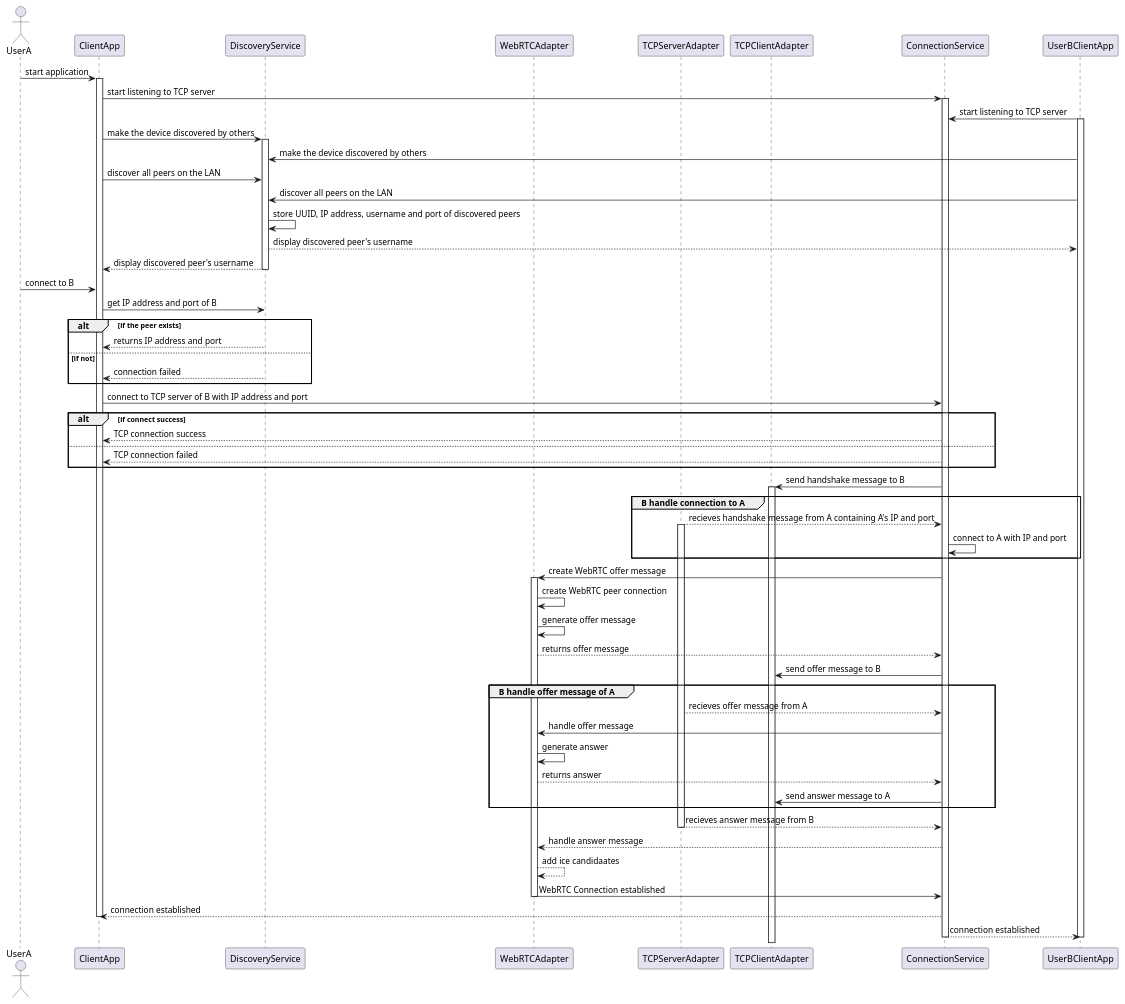
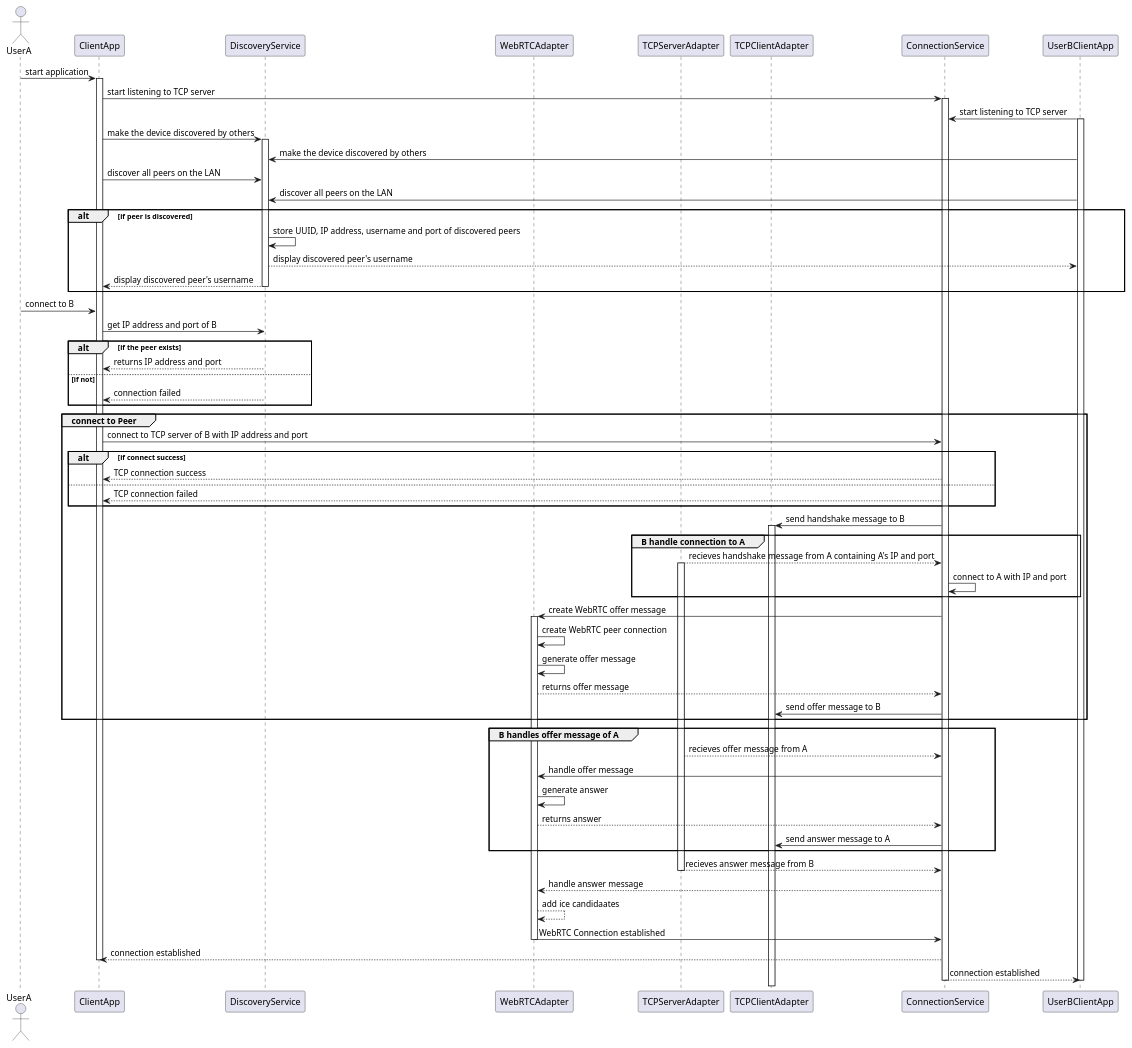
One commit to SAPOT-System/YLP-software changed the diagram in diagrams/peer-to-peer-connection.plantuml. Above: the diagram before and after it, drawn with PlantUML.

Commit message:
feat(diagrams): udpate peer-to-peer connection diagram with improved peer discovery and connection handling logic

```diff
--- a/diagrams/peer-to-peer-connection.plantuml
+++ b/diagrams/peer-to-peer-connection.plantuml
@@ -1,92 +1,95 @@
 @startuml peer-to-peer-connection
 actor UserA
 participant ClientApp
 participant DiscoveryService
 participant WebRTCAdapter
 participant TCPServerAdapter
 participant TCPClientAdapter
 participant ConnectionService
 participant UserBClientApp
 
 UserA -> ClientApp: start application
 activate ClientApp
 
 ClientApp -> ConnectionService: start listening to TCP server
 activate ConnectionService
 UserBClientApp -> ConnectionService: start listening to TCP server
 activate  UserBClientApp
 
 ClientApp -> DiscoveryService: make the device discovered by others
 activate DiscoveryService
 UserBClientApp -> DiscoveryService: make the device discovered by others
 
 ClientApp -> DiscoveryService: discover all peers on the LAN
 UserBClientApp -> DiscoveryService: discover all peers on the LAN
+alt if peer is discovered
+    DiscoveryService -> DiscoveryService: store UUID, IP address, username and port of discovered peers
 
-DiscoveryService -> DiscoveryService: store UUID, IP address, username and port of discovered peers
-
-DiscoveryService --> UserBClientApp: display discovered peer's username
-DiscoveryService --> ClientApp: display discovered peer's username
-deactivate DiscoveryService
+    DiscoveryService --> UserBClientApp: display discovered peer's username
+    DiscoveryService --> ClientApp: display discovered peer's username
+    deactivate DiscoveryService
+end
 
 UserA -> ClientApp: connect to B
 ClientApp -> DiscoveryService: get IP address and port of B
 
 alt if the peer exists
     DiscoveryService --> ClientApp: returns IP address and port
 else if not
     DiscoveryService --> ClientApp: connection failed
 end
 
-ClientApp->ConnectionService: connect to TCP server of B with IP address and port
+group connect to Peer
+    ClientApp->ConnectionService: connect to TCP server of B with IP address and port
 
-alt if connect success
-    ConnectionService--> ClientApp: TCP connection success
-else
-    ConnectionService--> ClientApp: TCP connection failed
+    alt if connect success
+        ConnectionService--> ClientApp: TCP connection success
+    else
+        ConnectionService--> ClientApp: TCP connection failed
+    end
+
+
+    ConnectionService -> TCPClientAdapter: send handshake message to B
+    activate TCPClientAdapter
+
+    group B handle connection to A
+        TCPServerAdapter --> ConnectionService: recieves handshake message from A containing A's IP and port
+        activate TCPServerAdapter
+        ConnectionService -> ConnectionService: connect to A with IP and port
+    end
+
+
+    ConnectionService -> WebRTCAdapter: create WebRTC offer message
+    activate WebRTCAdapter
+    WebRTCAdapter -> WebRTCAdapter: create WebRTC peer connection
+    WebRTCAdapter -> WebRTCAdapter: generate offer message
+    WebRTCAdapter --> ConnectionService: returns offer message
+    ConnectionService -> TCPClientAdapter: send offer message to B
 end
 
-
-ConnectionService -> TCPClientAdapter: send handshake message to B
-activate TCPClientAdapter
-
-group B handle connection to A
-    TCPServerAdapter --> ConnectionService: recieves handshake message from A containing A's IP and port
-    activate TCPServerAdapter
-    ConnectionService -> ConnectionService: connect to A with IP and port
-end
-
-
-ConnectionService -> WebRTCAdapter: create WebRTC offer message
-activate WebRTCAdapter
-WebRTCAdapter -> WebRTCAdapter: create WebRTC peer connection
-WebRTCAdapter -> WebRTCAdapter: generate offer message
-WebRTCAdapter --> ConnectionService: returns offer message
-ConnectionService -> TCPClientAdapter: send offer message to B
-
-group B handle offer message of A
+group B handles offer message of A
     TCPServerAdapter --> ConnectionService: recieves offer message from A
     ConnectionService -> WebRTCAdapter: handle offer message
     WebRTCAdapter -> WebRTCAdapter: generate answer
     WebRTCAdapter --> ConnectionService: returns answer
     ConnectionService -> TCPClientAdapter: send answer message to A
 end
 
 TCPServerAdapter --> ConnectionService: recieves answer message from B
 deactivate TCPServerAdapter
 ConnectionService --> WebRTCAdapter: handle answer message
 WebRTCAdapter --> WebRTCAdapter: add ice candidaates
 
 WebRTCAdapter -> ConnectionService: WebRTC Connection established
 deactivate WebRTCAdapter
 
 ConnectionService --> ClientApp: connection established
 deactivate ClientApp
 ConnectionService --> UserBClientApp: connection established
 
 
 deactivate ConnectionService
 deactivate UserBClientApp
 
 
 @enduml
```
